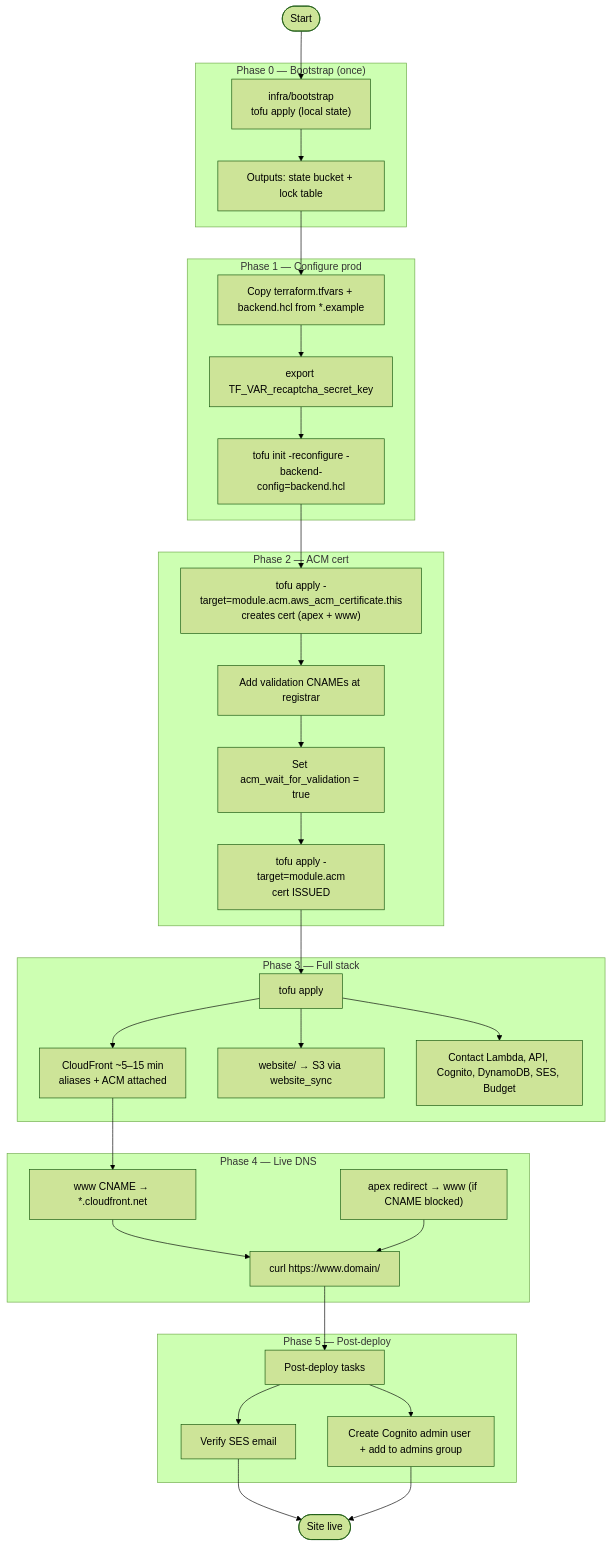
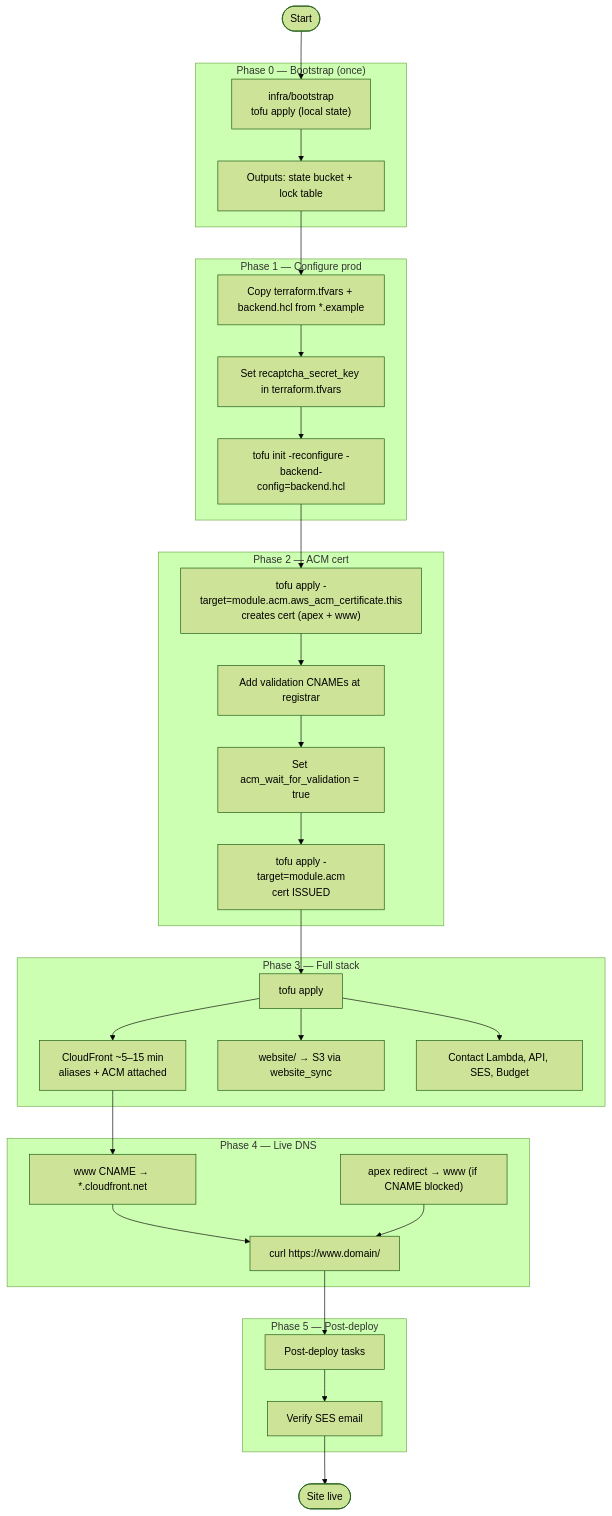
Before and after one commit to vasichkin/aws-zero-cost-hosting: the third of 5 diagrams in docs/DEPLOYMENT.md, drawn with Mermaid (forest theme). The commit also changed other lines of this file and 19 other files, not shown here.

````diff
--- a/docs/DEPLOYMENT.md
+++ b/docs/DEPLOYMENT.md
@@ -109,57 +93,55 @@
 ```mermaid
 flowchart TD
   Start([Start]) --> Boot
 
   subgraph Phase0["Phase 0 — Bootstrap (once)"]
     Boot["infra/bootstrap<br/>tofu apply (local state)"]
     Boot --> StateOut["Outputs: state bucket + lock table"]
   end
 
   StateOut --> Config
 
   subgraph Phase1["Phase 1 — Configure prod"]
     Config["Copy terraform.tfvars + backend.hcl from *.example"]
-    Secret["export TF_VAR_recaptcha_secret_key"]
+    Secret["Set recaptcha_secret_key in terraform.tfvars"]
     Init["tofu init -reconfigure -backend-config=backend.hcl"]
     Config --> Secret --> Init
   end
 
   Init --> ACM1
 
   subgraph Phase2["Phase 2 — ACM cert"]
     ACM1["tofu apply -target=module.acm.aws_acm_certificate.this<br/>creates cert (apex + www)"]
     DNSVal["Add validation CNAMEs at registrar"]
     ACM1 --> DNSVal
     DNSVal --> WaitVal["Set acm_wait_for_validation = true"]
     WaitVal --> ACM2["tofu apply -target=module.acm<br/>cert ISSUED"]
   end
 
   ACM2 --> Full
 
   subgraph Phase3["Phase 3 — Full stack"]
     Full["tofu apply"]
     Full --> CFDeploy["CloudFront ~5–15 min<br/>aliases + ACM attached"]
     Full --> WebsiteUp["website/ → S3 via website_sync"]
-    Full --> Stack["Contact Lambda, API, Cognito, DynamoDB, SES, Budget"]
+    Full --> Stack["Contact Lambda, API, SES, Budget"]
   end
 
   CFDeploy --> DNSLive
 
   subgraph Phase4["Phase 4 — Live DNS"]
     DNSLive["www CNAME → *.cloudfront.net"]
     DNSApex["apex redirect → www (if CNAME blocked)"]
     DNSLive --> Test["curl https://www.domain/"]
     DNSApex --> Test
   end
 
   Test --> Post
 
   subgraph Phase5["Phase 5 — Post-deploy"]
     Post["Post-deploy tasks"]
     Post --> SESVerify["Verify SES email"]
-    Post --> CognitoUser["Create Cognito admin user + add to admins group"]
   end
 
   SESVerify --> Done([Site live])
-  CognitoUser --> Done
 ```
````
